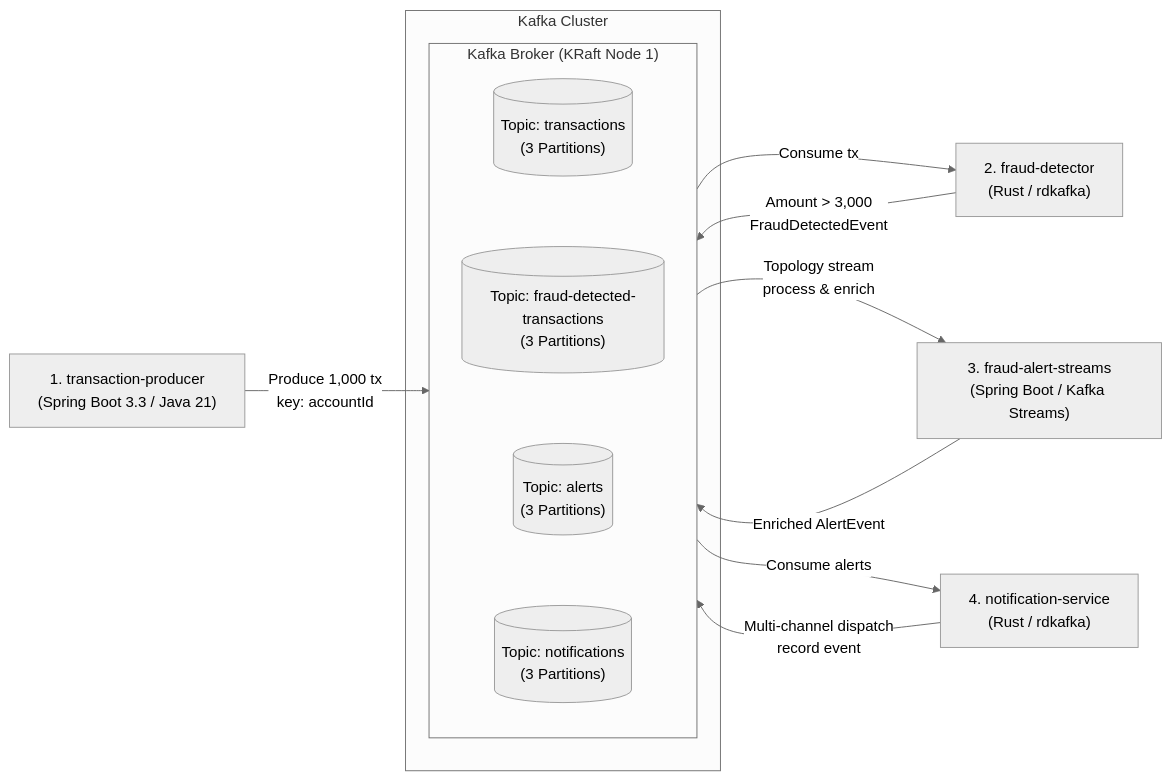
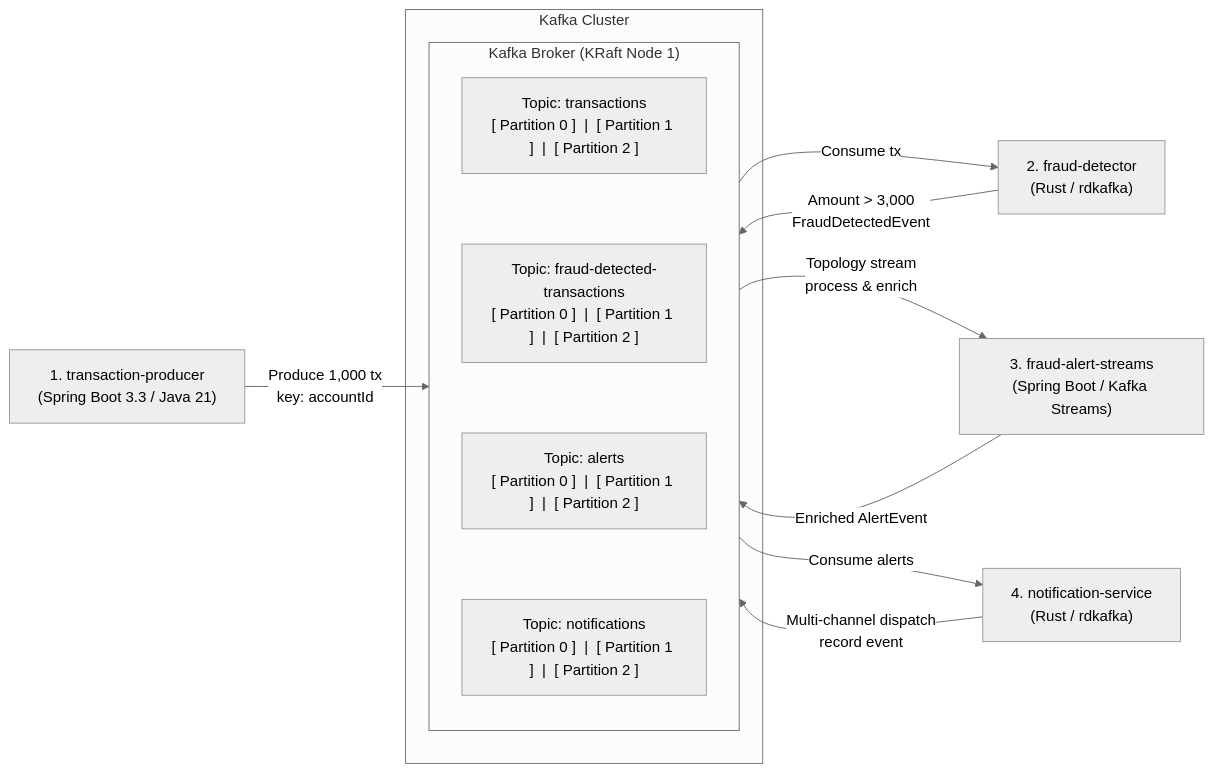
The diagram in README.md (jvalsesia/kafka-streams), drawn with Mermaid (neutral theme) before and after one commit.

Commit message:
docs: represent topics as rectangles with partition details in architecture flowchart

````diff
--- a/README.md
+++ b/README.md
@@ -9,27 +9,27 @@
 ```mermaid
 flowchart LR
     P1["1. transaction-producer<br/>(Spring Boot 3.3 / Java 21)"]
 
     subgraph Cluster["Kafka Cluster"]
         subgraph Broker["Kafka Broker (KRaft Node 1)"]
             direction TB
-            T1[("Topic: transactions<br/>(3 Partitions)")]
-            T2[("Topic: fraud-detected-transactions<br/>(3 Partitions)")]
-            T3[("Topic: alerts<br/>(3 Partitions)")]
-            T4[("Topic: notifications<br/>(3 Partitions)")]
+            T1["Topic: transactions<br/>[ Partition 0 ] &nbsp;|&nbsp; [ Partition 1 ] &nbsp;|&nbsp; [ Partition 2 ]"]
+            T2["Topic: fraud-detected-transactions<br/>[ Partition 0 ] &nbsp;|&nbsp; [ Partition 1 ] &nbsp;|&nbsp; [ Partition 2 ]"]
+            T3["Topic: alerts<br/>[ Partition 0 ] &nbsp;|&nbsp; [ Partition 1 ] &nbsp;|&nbsp; [ Partition 2 ]"]
+            T4["Topic: notifications<br/>[ Partition 0 ] &nbsp;|&nbsp; [ Partition 1 ] &nbsp;|&nbsp; [ Partition 2 ]"]
             T1 ~~~ T2 ~~~ T3 ~~~ T4
         end
     end
 
     P2["2. fraud-detector<br/>(Rust / rdkafka)"]
     P3["3. fraud-alert-streams<br/>(Spring Boot / Kafka Streams)"]
     P4["4. notification-service<br/>(Rust / rdkafka)"]
 
     P1 -->|"Produce 1,000 tx<br/>key: accountId"| T1
     T1 -->|"Consume tx"| P2
     P2 -->|"Amount > 3,000<br/>FraudDetectedEvent"| T2
     T2 -->|"Topology stream<br/>process & enrich"| P3
     P3 -->|"Enriched AlertEvent"| T3
     T3 -->|"Consume alerts"| P4
     P4 -->|"Multi-channel dispatch<br/>record event"| T4
 ```
````
